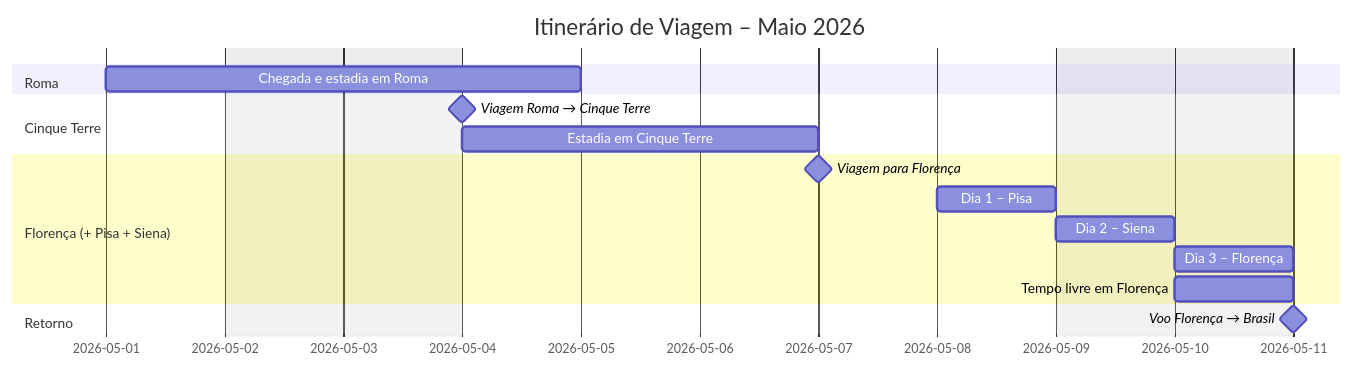
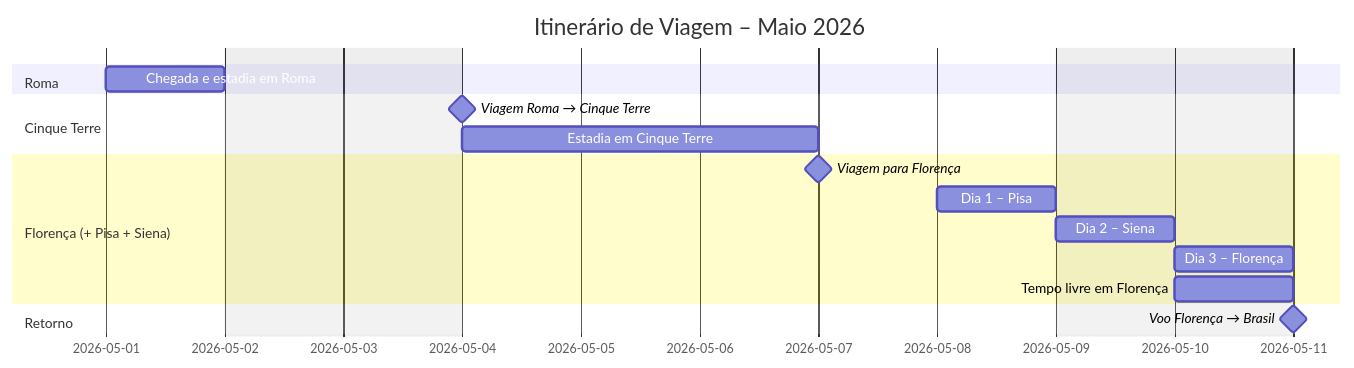
Before and after one commit to paulovcastagnari/planejamento-viagem-2026: the first of 2 diagrams in README.md, drawn with Mermaid.

````diff
--- a/README.md
+++ b/README.md
@@ -21,23 +21,23 @@
 ```mermaid
 gantt
     dateFormat  YYYY-MM-DD
     title Itinerário de Viagem – Maio 2026
     excludes weekends
 
     section Roma
-    Chegada e estadia em Roma     :2026-05-01, 2d
+    Chegada e estadia em Roma     :2026-05-01, 1d
 
     section Cinque Terre
     Viagem Roma → Cinque Terre   :milestone, ct_arrive, 2026-05-04, 0d
     Estadia em Cinque Terre      :2026-05-04, 3d
 
     section Florença (+ Pisa + Siena)
     Viagem para Florença         :milestone, fl_arrive, 2026-05-07, 0d
     Dia 1 – Pisa                 :2026-05-08, 1d
     Dia 2 – Siena                :2026-05-09, 1d
     Dia 3 – Florença             :2026-05-10, 1d
     Tempo livre em Florença      :2026-05-10, 1d
 
     section Retorno
     Voo Florença → Brasil        :milestone, return_bra, 2026-05-11, 0d
 ```
````
